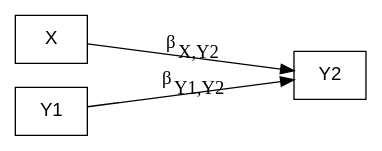
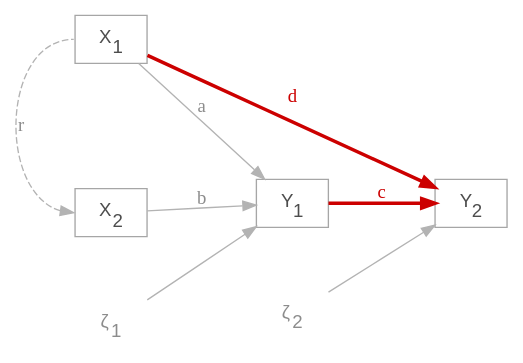
Before and after one commit to pennekampster/Swiss_SEM: diagram 14 of 26 in 5_Slides/Intro_to_SEM_part1.qmd, drawn with Graphviz. The commit also changed other lines of this file and 5 other files, not shown here.

````diff
--- a/5_Slides/Intro_to_SEM_part1.qmd
+++ b/5_Slides/Intro_to_SEM_part1.qmd
@@ -979,20 +930,20 @@
 ```{dot}
-//| fig-width: 5
+//| fig-width: 6.0
+//| fig-height: 2.6
 digraph {
-
-  # a 'graph' statement
-  graph [overlap = false, fontsize = 5, layout = dot, rankdir = LR];
-
-  # 'node' statements
-  node [shape = box, fontname = Helvetica];
-  
-  X; 
-  Y1; 
-  Y2;
-  
-  # 'edge' statements
-  X -> Y2 [label = <&beta;<SUB>X,Y2</SUB>> minlen=3 ];
-  Y1 -> Y2 [label = <&beta;<SUB>Y1,Y2</SUB>> minlen=3 ];
-
+  graph [rankdir = LR, fontsize = 14, ranksep = 1.0, nodesep = 0.65]
+  node [shape = box, fontname = Helvetica, color = "gray65", fontcolor = "gray30"]
+  X1 [label = <X<SUB>1</SUB>>]; X2 [label = <X<SUB>2</SUB>>]
+  Y1 [label = <Y<SUB>1</SUB>>]; Y2 [label = <Y<SUB>2</SUB>>]
+  node [shape = plaintext, color = "gray65", fontcolor = "gray55"]
+  z1 [label = <&zeta;<SUB>1</SUB>>]; z2 [label = <&zeta;<SUB>2</SUB>>]
+  edge [color = "gray70", fontcolor = "gray55"]
+  X1 -> Y1 [label = "a"]; X2 -> Y1 [label = "b"]
+  X1:w -> X2:w [dir = both, constraint = false, label = "r", style = dashed]
+  Y1 -> Y2 [label = "c", color = "#cc0000", penwidth = 2.6, fontcolor = "#cc0000"]
+  X1 -> Y2 [label = "d", color = "#cc0000", penwidth = 2.6, fontcolor = "#cc0000"]
+  z1 -> Y1; z2 -> Y2
+  {rank = min; X1; X2}
+  {rank = max; Y2}
 }
 ```
````
